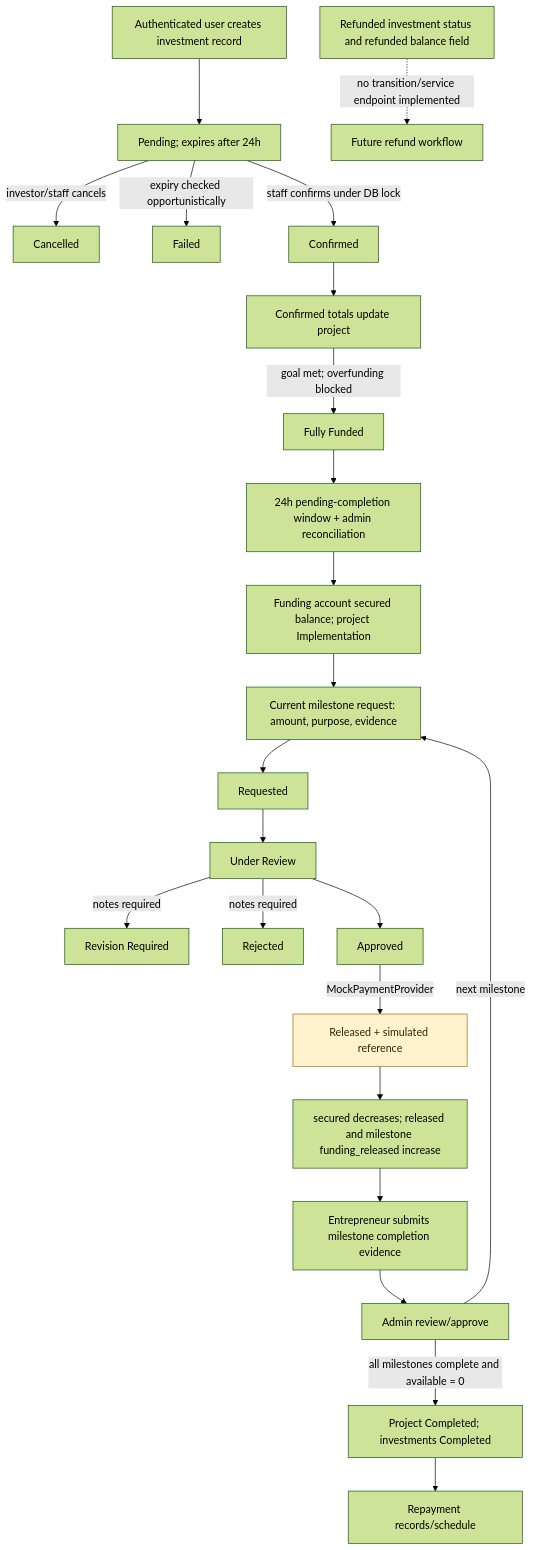
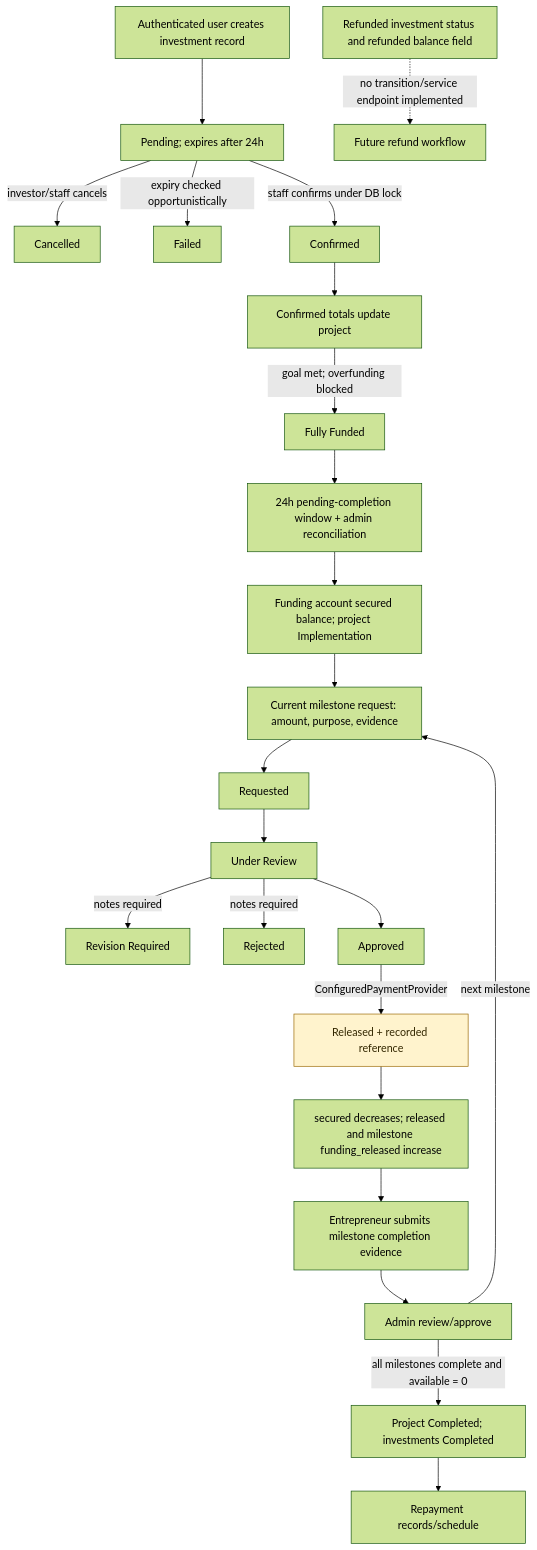
Before and after one commit to AdnanQasem/Sahmi: the diagram in documentation_evidence/sahmi-current-evidence-2026-08-14/diagrams/investment-disbursement.mmd, drawn with Mermaid (forest theme). The commit also changed 278 other files, not shown here.

```diff
--- a/documentation_evidence/sahmi-current-evidence-2026-08-14/diagrams/investment-disbursement.mmd
+++ b/documentation_evidence/sahmi-current-evidence-2026-08-14/diagrams/investment-disbursement.mmd
@@ -1,26 +1,26 @@
 flowchart TD
   A[Authenticated user creates investment record] --> B[Pending; expires after 24h]
   B -->|investor/staff cancels| C[Cancelled]
   B -->|expiry checked opportunistically| D[Failed]
   B -->|staff confirms under DB lock| E[Confirmed]
   E --> F[Confirmed totals update project]
   F -->|goal met; overfunding blocked| G[Fully Funded]
   G --> H[24h pending-completion window + admin reconciliation]
   H --> I[Funding account secured balance; project Implementation]
   I --> J[Current milestone request: amount, purpose, evidence]
   J --> K[Requested]
   K --> L[Under Review]
   L -->|notes required| M[Revision Required]
   L -->|notes required| N[Rejected]
   L --> O[Approved]
-  O -->|MockPaymentProvider| P[Released + simulated reference]
+  O -->|ConfiguredPaymentProvider| P[Released + recorded reference]
   P --> Q[secured decreases; released and milestone funding_released increase]
   Q --> R[Entrepreneur submits milestone completion evidence]
   R --> S[Admin review/approve]
   S -->|next milestone| J
   S -->|all milestones complete and available = 0| T[Project Completed; investments Completed]
   T --> U[Repayment records/schedule]
   V[Refunded investment status and refunded balance field] -. no transition/service endpoint implemented .-> W[Future refund workflow]
 
-  classDef simulated fill:#fff3cd,stroke:#9a6700,color:#332701;
-  class P simulated;
+  classDef recorded fill:#fff3cd,stroke:#9a6700,color:#332701;
+  class P recorded;
```
